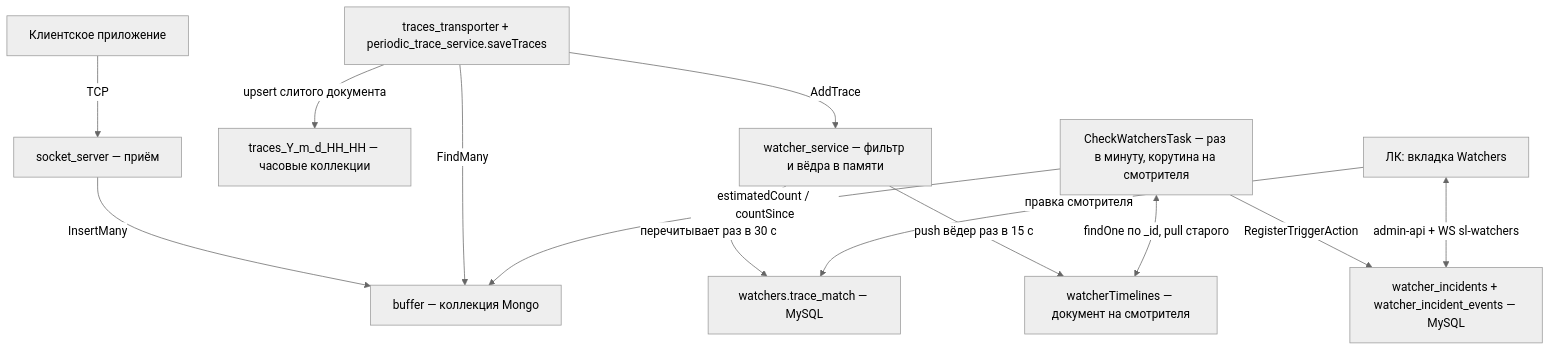
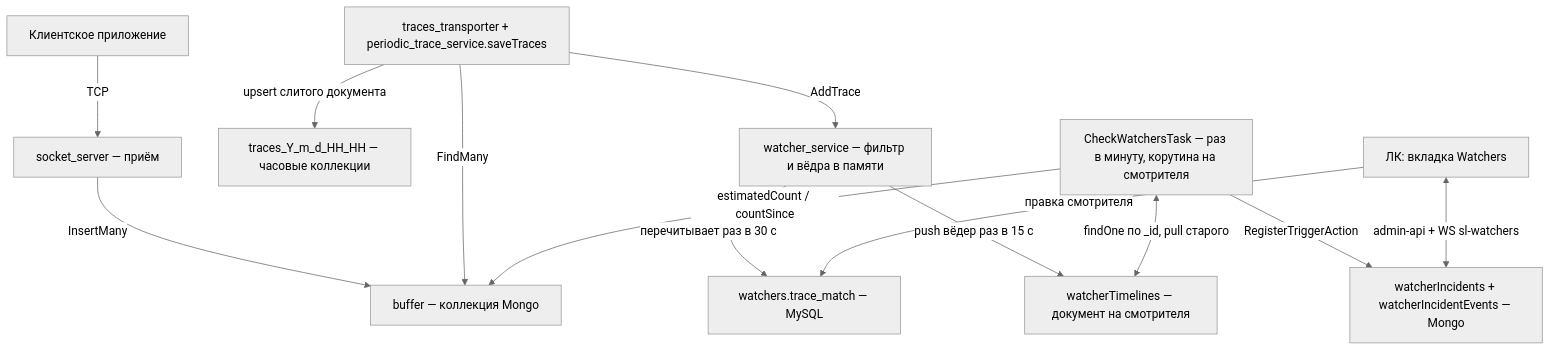
One commit to sprust/slogger changed the diagram in .ai/plans/watchers.md. Above: the diagram before and after it, drawn with Mermaid (neutral theme). The commit also changed other lines of this file and 4 other files, not shown here.

````diff
--- a/.ai/plans/watchers.md
+++ b/.ai/plans/watchers.md
@@ -244,27 +244,27 @@
 ```mermaid
 flowchart TB
     client["Клиентское приложение"]
     socket["socket_server — приём"]
     buffer["buffer — коллекция Mongo"]
     transporter["traces_transporter + periodic_trace_service.saveTraces"]
     shards["traces_Y_m_d_HH_HH — часовые коллекции"]
     watcherSrv["watcher_service — фильтр и вёдра в памяти"]
     watchersTable["watchers.trace_match — MySQL"]
     timelines["watcherTimelines — документ на смотрителя"]
     check["CheckWatchersTask — раз в минуту, корутина на смотрителя"]
-    incidents["watcher_incidents + watcher_incident_events — MySQL"]
+    incidents["watcherIncidents + watcherIncidentEvents — Mongo"]
     panel["ЛК: вкладка Watchers"]
 
     client -->|"TCP"| socket
     socket -->|"InsertMany"| buffer
     transporter -->|"FindMany"| buffer
     transporter -->|"upsert слитого документа"| shards
     transporter -->|"AddTrace"| watcherSrv
     watcherSrv -->|"перечитывает раз в 30 с"| watchersTable
     watcherSrv -->|"push вёдер раз в 15 с"| timelines
     check <-->|"findOne по _id, pull старого"| timelines
     check -->|"estimatedCount / countSince"| buffer
     check -->|"RegisterTriggerAction"| incidents
     panel <-->|"admin-api + WS sl-watchers"| incidents
     panel -->|"правка смотрителя"| watchersTable
 ```
````
